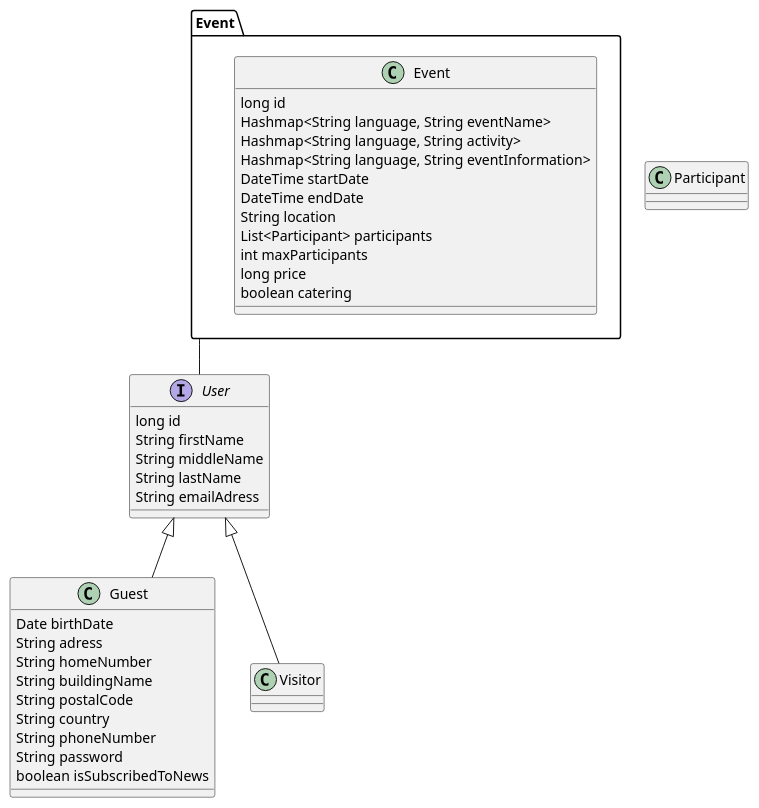
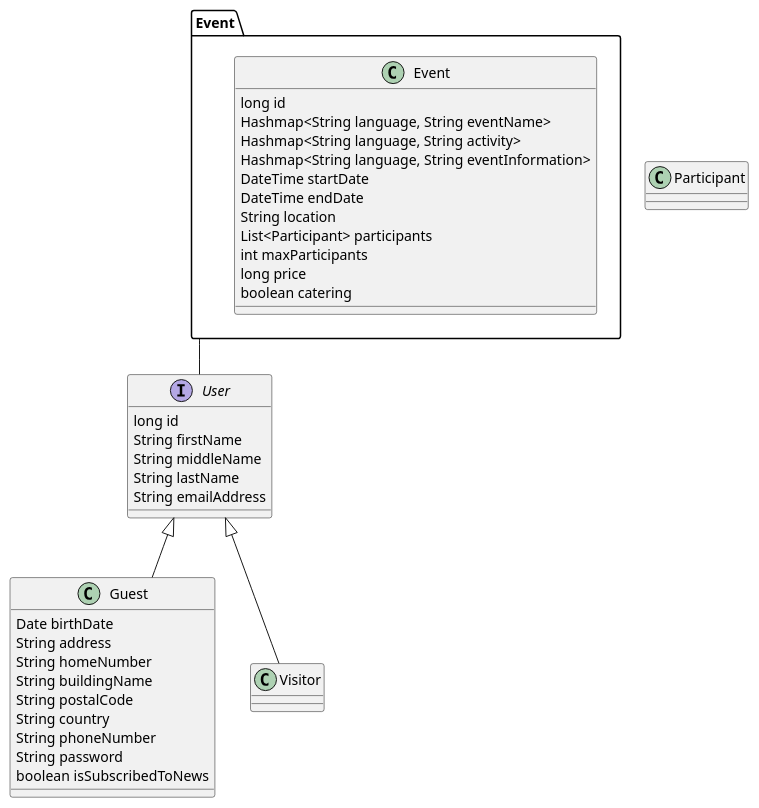
One commit to mrjink/molveno changed the diagram in src/main/docs/uml/classdiagram/classdiagram.puml. Above: the diagram before and after it, drawn with PlantUML. The commit also changed 4 other files, not shown here.

```diff
--- a/src/main/docs/uml/classdiagram/classdiagram.puml
+++ b/src/main/docs/uml/classdiagram/classdiagram.puml
@@ -1,49 +1,49 @@
 @startuml
 
 interface User{
     long id
     String firstName
     String middleName
     String lastName
-    String emailAdress
+    String emailAddress
 }
 
 class Guest{
     Date birthDate
-    String adress
+    String address
     String homeNumber
     String buildingName
     String postalCode
     String country
     String phoneNumber
     String password
     boolean isSubscribedToNews
 }
 
 class Participant{
 
 }
 
 User <|-- Guest
 User <|-- Visitor
 
 package Event {
     class Event{
         long id
         Hashmap<String language, String eventName>
         Hashmap<String language, String activity>
         Hashmap<String language, String eventInformation>
         DateTime startDate
         DateTime endDate
         String location
         List<Participant> participants
         int maxParticipants
         long price
         boolean catering
     }
 
 }
 
 Event -- User
 
 @enduml
```
